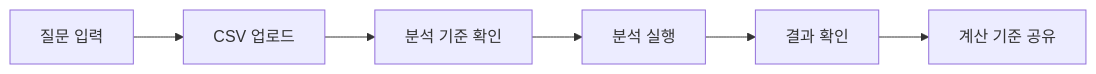
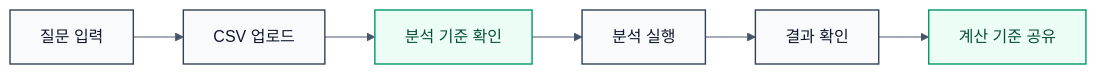
Before and after one commit to 26-ewha-capstone-logue/logue: the fifth of 5 diagrams in docs/elevator_speech.md, drawn with Mermaid. The commit also changed other lines of this file, not shown here.

````diff
--- a/docs/elevator_speech.md
+++ b/docs/elevator_speech.md
@@ -185,8 +223,14 @@
 ```mermaid
+%%{init: {"theme": "base", "themeVariables": {"fontFamily": "Pretendard, Inter, sans-serif", "primaryColor": "#F8FAFC", "primaryBorderColor": "#334155", "lineColor": "#475569", "textColor": "#0F172A"}}}%%
 flowchart LR
     A[질문 입력] --> B[CSV 업로드]
     B --> C[분석 기준 확인]
     C --> D[분석 실행]
     D --> E[결과 확인]
     E --> F[계산 기준 공유]
+
+    classDef step fill:#F8FAFC,stroke:#334155,color:#0F172A,stroke-width:1.4px;
+    classDef check fill:#ECFDF5,stroke:#059669,color:#064E3B,stroke-width:1.4px;
+    class A,B,D,E step;
+    class C,F check;
 ```
````
